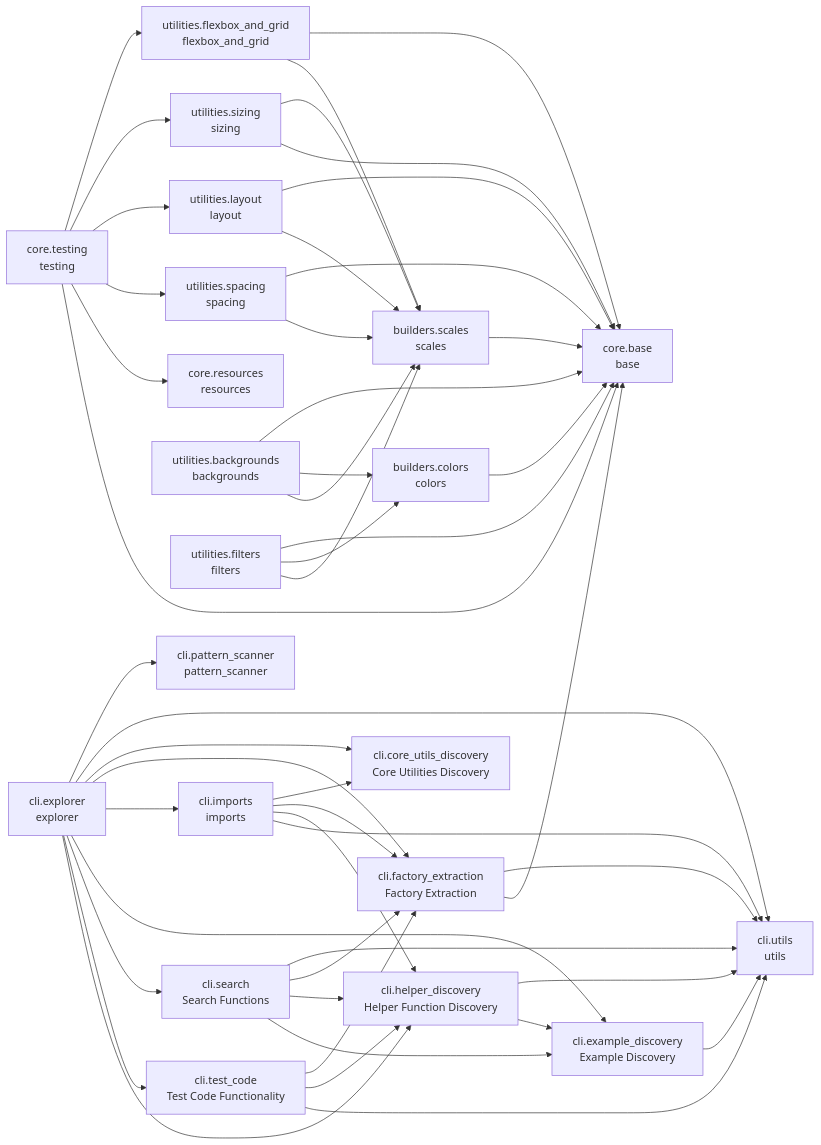
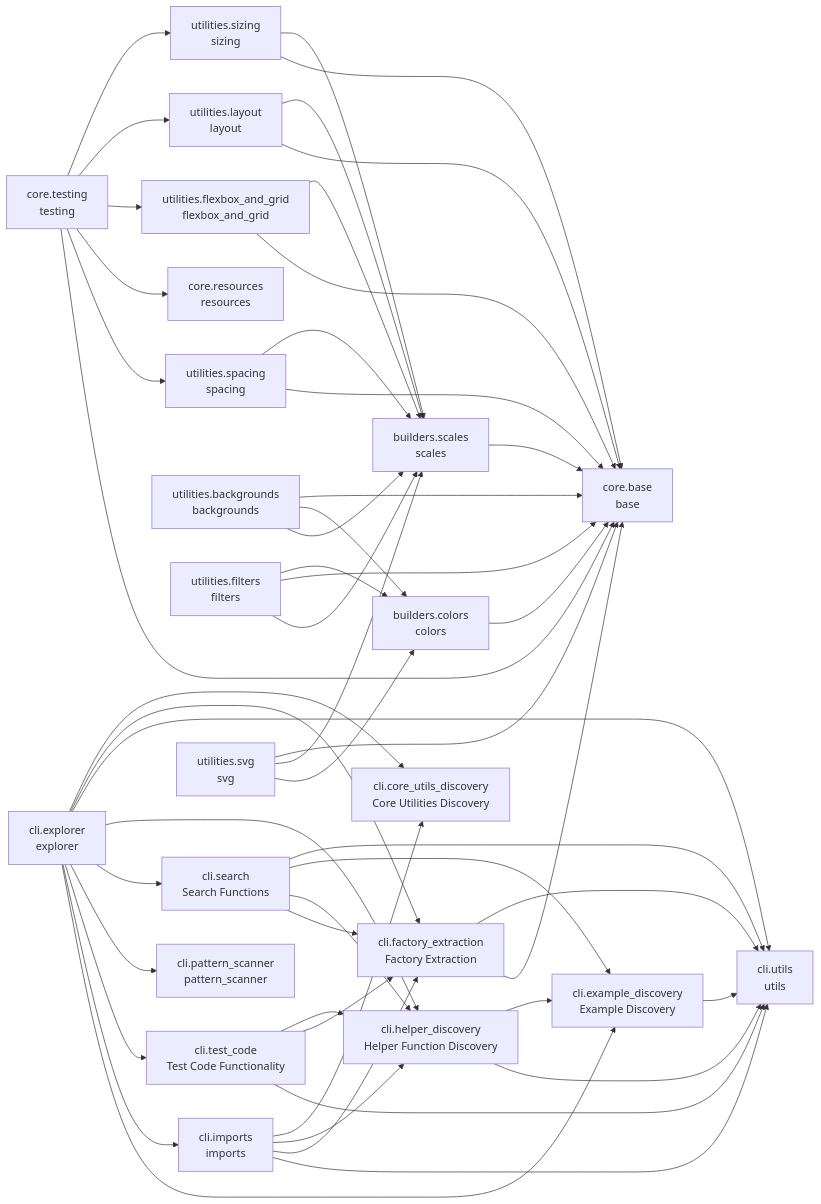
Before and after one commit to cj-mills/cjm-fasthtml-tailwind: the diagram in README.md, drawn with Mermaid. The commit also changed other lines of this file and 9 other files, not shown here.

Commit message:
Implement svg utilities.

````diff
--- a/README.md
+++ b/README.md
@@ -45,72 +46,76 @@
 ``` mermaid
 graph LR
     builders_colors[builders.colors<br/>colors]
     builders_scales[builders.scales<br/>scales]
     cli_core_utils_discovery[cli.core_utils_discovery<br/>Core Utilities Discovery]
     cli_example_discovery[cli.example_discovery<br/>Example Discovery]
     cli_explorer[cli.explorer<br/>explorer]
     cli_factory_extraction[cli.factory_extraction<br/>Factory Extraction]
     cli_helper_discovery[cli.helper_discovery<br/>Helper Function Discovery]
     cli_imports[cli.imports<br/>imports]
     cli_pattern_scanner[cli.pattern_scanner<br/>pattern_scanner]
     cli_search[cli.search<br/>Search Functions]
     cli_test_code[cli.test_code<br/>Test Code Functionality]
     cli_utils[cli.utils<br/>utils]
     core_base[core.base<br/>base]
     core_resources[core.resources<br/>resources]
     core_testing[core.testing<br/>testing]
     utilities_backgrounds[utilities.backgrounds<br/>backgrounds]
     utilities_filters[utilities.filters<br/>filters]
     utilities_flexbox_and_grid[utilities.flexbox_and_grid<br/>flexbox_and_grid]
     utilities_layout[utilities.layout<br/>layout]
     utilities_sizing[utilities.sizing<br/>sizing]
     utilities_spacing[utilities.spacing<br/>spacing]
+    utilities_svg[utilities.svg<br/>svg]
 
     builders_colors --> core_base
     builders_scales --> core_base
     cli_example_discovery --> cli_utils
-    cli_explorer --> cli_pattern_scanner
-    cli_explorer --> cli_utils
     cli_explorer --> cli_core_utils_discovery
     cli_explorer --> cli_factory_extraction
+    cli_explorer --> cli_utils
+    cli_explorer --> cli_helper_discovery
+    cli_explorer --> cli_search
+    cli_explorer --> cli_pattern_scanner
+    cli_explorer --> cli_test_code
     cli_explorer --> cli_imports
     cli_explorer --> cli_example_discovery
-    cli_explorer --> cli_search
-    cli_explorer --> cli_test_code
-    cli_explorer --> cli_helper_discovery
     cli_factory_extraction --> cli_utils
     cli_factory_extraction --> core_base
+    cli_helper_discovery --> cli_example_discovery
     cli_helper_discovery --> cli_utils
-    cli_helper_discovery --> cli_example_discovery
     cli_imports --> cli_core_utils_discovery
+    cli_imports --> cli_helper_discovery
     cli_imports --> cli_factory_extraction
-    cli_imports --> cli_helper_discovery
     cli_imports --> cli_utils
     cli_search --> cli_utils
+    cli_search --> cli_example_discovery
+    cli_search --> cli_helper_discovery
     cli_search --> cli_factory_extraction
-    cli_search --> cli_helper_discovery
-    cli_search --> cli_example_discovery
+    cli_test_code --> cli_helper_discovery
     cli_test_code --> cli_factory_extraction
-    cli_test_code --> cli_helper_discovery
     cli_test_code --> cli_utils
-    core_testing --> utilities_flexbox_and_grid
     core_testing --> utilities_sizing
     core_testing --> utilities_layout
+    core_testing --> utilities_flexbox_and_grid
+    core_testing --> core_resources
     core_testing --> utilities_spacing
-    core_testing --> core_resources
     core_testing --> core_base
     utilities_backgrounds --> core_base
     utilities_backgrounds --> builders_colors
     utilities_backgrounds --> builders_scales
+    utilities_filters --> builders_colors
     utilities_filters --> core_base
-    utilities_filters --> builders_colors
     utilities_filters --> builders_scales
+    utilities_flexbox_and_grid --> builders_scales
     utilities_flexbox_and_grid --> core_base
-    utilities_flexbox_and_grid --> builders_scales
+    utilities_layout --> builders_scales
     utilities_layout --> core_base
-    utilities_layout --> builders_scales
     utilities_sizing --> builders_scales
     utilities_sizing --> core_base
+    utilities_spacing --> builders_scales
     utilities_spacing --> core_base
-    utilities_spacing --> builders_scales
+    utilities_svg --> core_base
+    utilities_svg --> builders_scales
+    utilities_svg --> builders_colors
 ```
````
